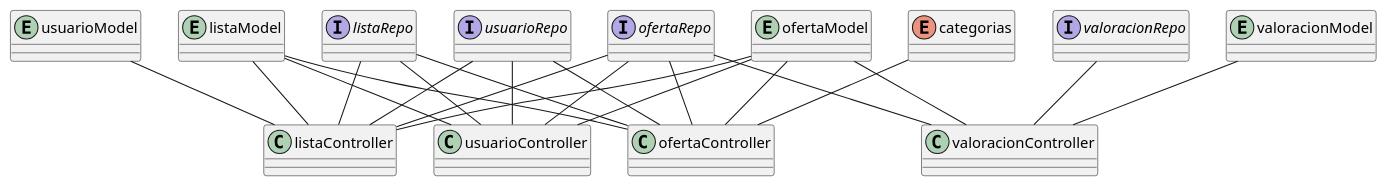
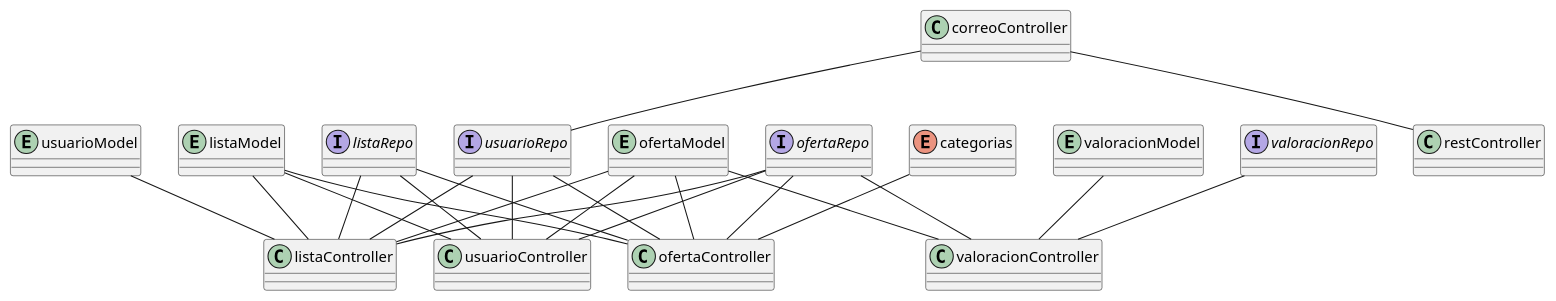
One commit to Cynderian-dev/DAD-sellhub-app changed the diagram in diagrama_clases.puml. Above: the diagram before and after it, drawn with PlantUML. The commit also changed 4 other files, not shown here.

Commit message:
añadir los jar a carpeta y actualizacion diagrama

```diff
--- a/diagrama_clases.puml
+++ b/diagrama_clases.puml
@@ -1,42 +1,47 @@
 @startuml
 
 entity          usuarioModel
 entity          listaModel
 entity          valoracionModel
 entity          ofertaModel
 enum            categorias
 interface       listaRepo
 interface       usuarioRepo
 interface       valoracionRepo
 interface       ofertaRepo
 class           usuarioController
 class           listaController
 class           valoracionController
 class           ofertaController
 
+class           correoController
+class           restController
+
+correoController -- restController
+correoController -- usuarioRepo
 
 listaRepo -- listaController
 listaRepo -- ofertaController
 listaRepo -- usuarioController
 usuarioRepo -- listaController
 usuarioRepo -- ofertaController
 usuarioRepo -- usuarioController
 valoracionRepo -- valoracionController
 ofertaRepo -- listaController
 ofertaRepo -- ofertaController
 ofertaRepo -- usuarioController
 ofertaRepo -- valoracionController
 
 listaModel -- listaController
 listaModel -- ofertaController
 listaModel -- usuarioController
 usuarioModel -- listaController
 valoracionModel -- valoracionController
 ofertaModel -- listaController
 ofertaModel -- ofertaController
 ofertaModel -- usuarioController
 ofertaModel -- valoracionController
 
 categorias -- ofertaController
 
 @enduml
```
